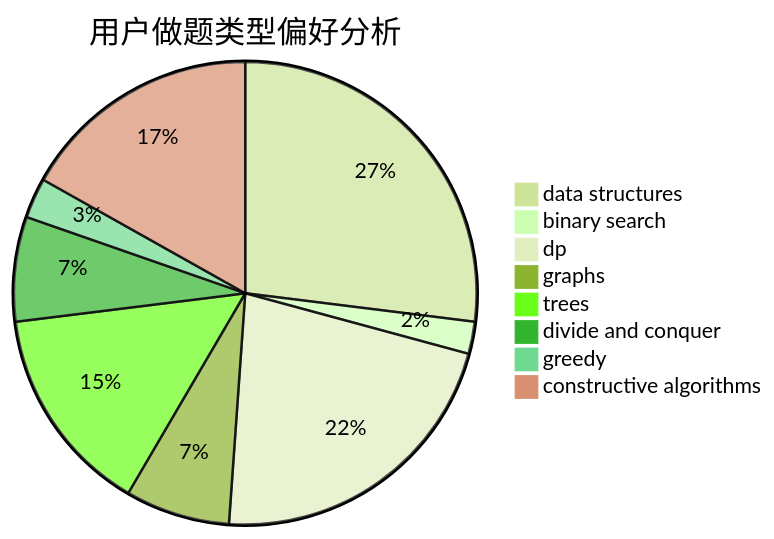
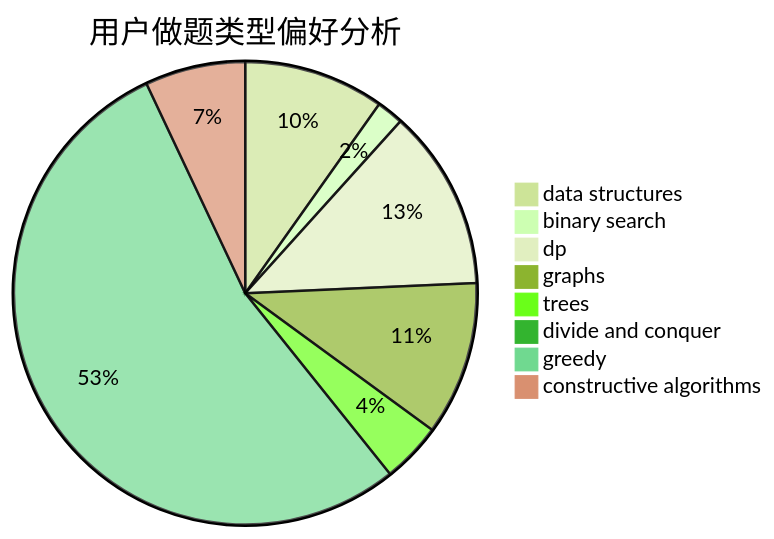
Before and after one commit to sherpahu/cfrs.github.io: the second of 3 diagrams in docs/user/u2481.md, drawn with Mermaid (forest theme). The commit also changed other lines of this file and 2770 other files, not shown here.

````diff
--- a/docs/user/u2481.md
+++ b/docs/user/u2481.md
@@ -23,11 +23,11 @@
 ```mermaid
 pie title 用户做题类型偏好分析
-    "data structures" :  48
+    "data structures" :  21
     "binary search" :  4
-    "dp" :  39
-    "graphs" :  13
-    "trees" :  26
-    "divide and conquer" :  13
-    "greedy" :  5
-    "constructive algorithms" :  30
+    "dp" :  27
+    "graphs" :  23
+    "trees" :  9
+    "divide and conquer" :  1
+    "greedy" :  115
+    "constructive algorithms" :  15
 ```
````
